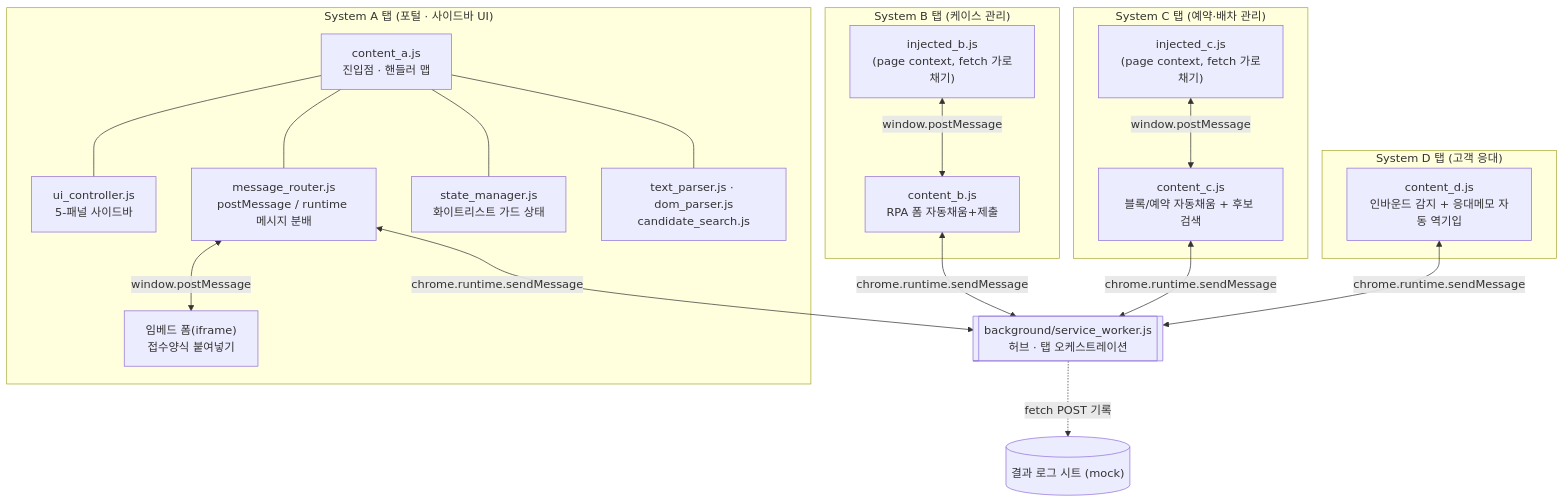
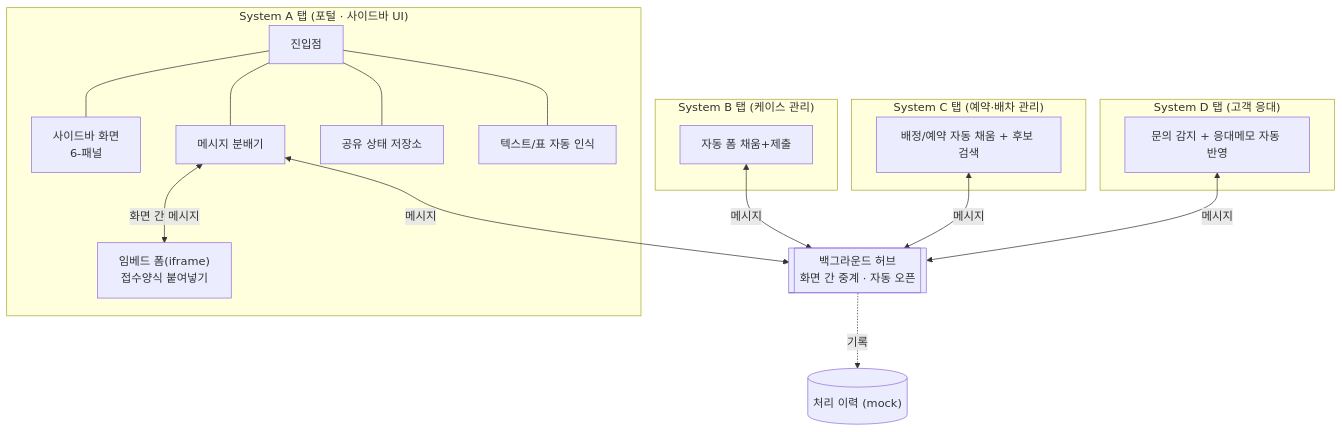
One commit to JY-maru/integrated-systems-sidebar changed the first of 3 diagrams in README.md. Above: the diagram before and after it, drawn with Mermaid. The commit also changed other lines of this file and 25 other files, not shown here.

````diff
--- a/README.md
+++ b/README.md
@@ -95,41 +145,37 @@
 ```mermaid
 flowchart TB
     subgraph HostA["System A 탭 (포털 · 사이드바 UI)"]
-        UI["ui_controller.js<br/>5-패널 사이드바"]
-        Router["message_router.js<br/>postMessage / runtime 메시지 분배"]
-        State["state_manager.js<br/>화이트리스트 가드 상태"]
-        Parser["text_parser.js · dom_parser.js<br/>candidate_search.js"]
-        Entry["content_a.js<br/>진입점 · 핸들러 맵"]
+        UI["사이드바 화면<br/>6-패널"]
+        Router["메시지 분배기"]
+        State["공유 상태 저장소"]
+        Parser["텍스트/표 자동 인식"]
+        Entry["진입점"]
         Entry --- UI
         Entry --- Router
         Entry --- State
         Entry --- Parser
         Embed["임베드 폼(iframe)<br/>접수양식 붙여넣기"]
-        Router <-->|window.postMessage| Embed
+        Router <-->|화면 간 메시지| Embed
     end
 
     subgraph HostB["System B 탭 (케이스 관리)"]
-        InjB["injected_b.js<br/>(page context, fetch 가로채기)"]
-        AdpB["content_b.js<br/>RPA 폼 자동채움+제출"]
-        InjB <-->|window.postMessage| AdpB
+        AdpB["자동 폼 채움+제출"]
     end
 
     subgraph HostC["System C 탭 (예약·배차 관리)"]
-        InjC["injected_c.js<br/>(page context, fetch 가로채기)"]
-        AdpC["content_c.js<br/>블록/예약 자동채움 + 후보 검색"]
-        InjC <-->|window.postMessage| AdpC
+        AdpC["배정/예약 자동 채움 + 후보 검색"]
     end
 
     subgraph HostD["System D 탭 (고객 응대)"]
-        AdpD["content_d.js<br/>인바운드 감지 + 응대메모 자동 역기입"]
+        AdpD["문의 감지 + 응대메모 자동 반영"]
     end
 
-    BG[["background/service_worker.js<br/>허브 · 탭 오케스트레이션"]]
-    Sheet[("결과 로그 시트 (mock)")]
+    BG[["백그라운드 허브<br/>화면 간 중계 · 자동 오픈"]]
+    Sheet[("처리 이력 (mock)")]
 
-    Router <-->|chrome.runtime.sendMessage| BG
-    AdpB <-->|chrome.runtime.sendMessage| BG
-    AdpC <-->|chrome.runtime.sendMessage| BG
-    AdpD <-->|chrome.runtime.sendMessage| BG
-    BG -.fetch POST 기록.-> Sheet
+    Router <-->|메시지| BG
+    AdpB <-->|메시지| BG
+    AdpC <-->|메시지| BG
+    AdpD <-->|메시지| BG
+    BG -.기록.-> Sheet
 ```
````
